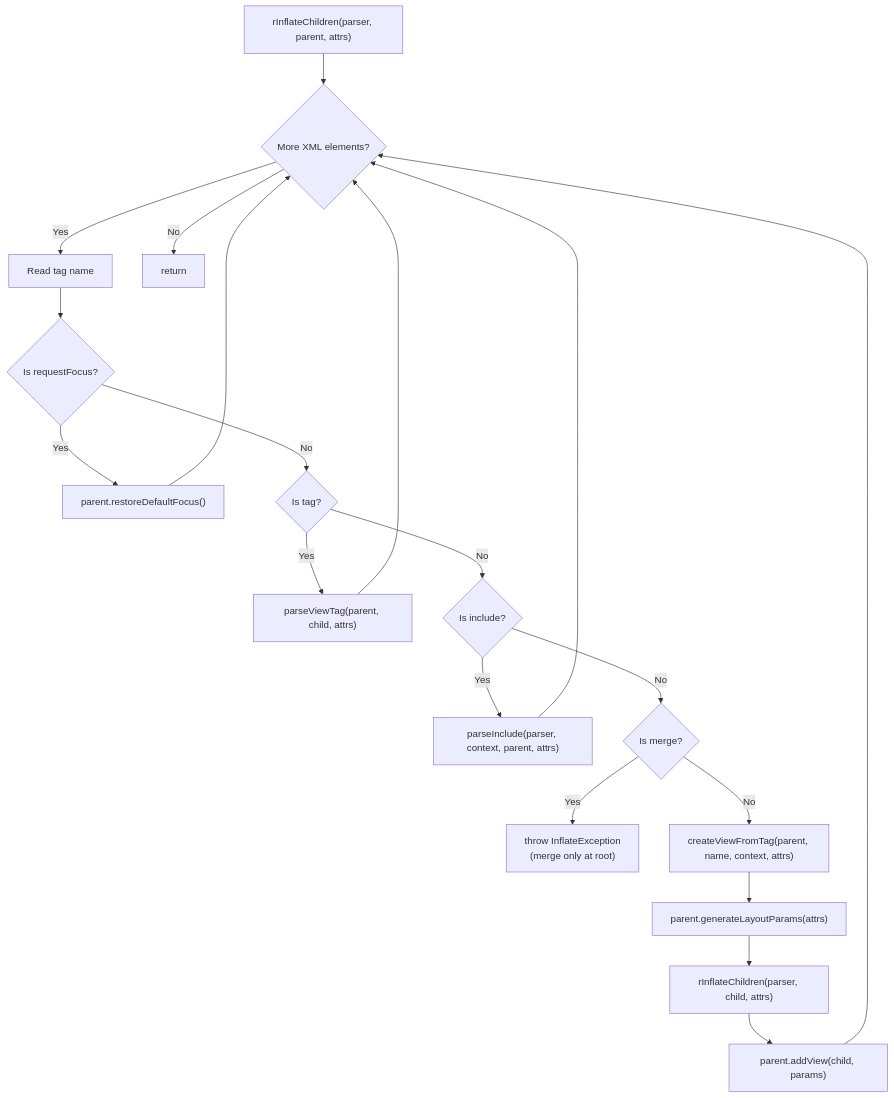
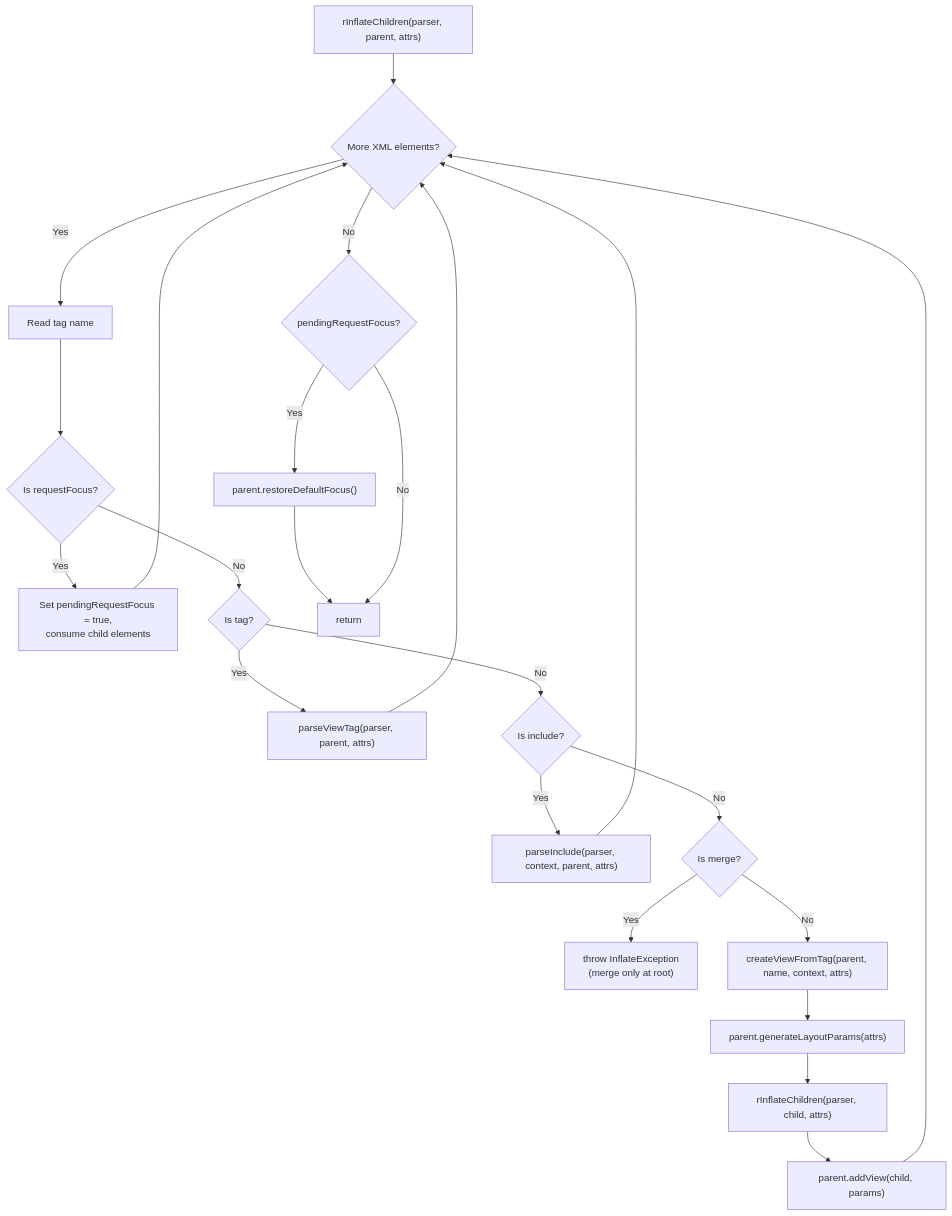
Before and after one commit to aospbooks/aosp-internal-book: diagram 35 of 40 in agents/claude/skills/aosp-framework-core/25-view-system.md, drawn with Mermaid. The commit also changed other lines of this file and 218 other files, not shown here.

````diff
--- a/agents/claude/skills/aosp-framework-core/25-view-system.md
+++ b/agents/claude/skills/aosp-framework-core/25-view-system.md
@@ -2604,22 +2613,25 @@
 ```mermaid
 flowchart TD
     Start["rInflateChildren(parser, parent, attrs)"] --> Loop{"More XML elements?"}
     Loop -->|Yes| ReadTag["Read tag name"]
     ReadTag --> IsRequestFocus{Is requestFocus?}
-    IsRequestFocus -->|Yes| RF["parent.restoreDefaultFocus()"]
+    IsRequestFocus -->|Yes| RF["Set pendingRequestFocus = true,<br/>consume child elements"]
     RF --> Loop
     IsRequestFocus -->|No| IsTag{Is tag?}
-    IsTag -->|Yes| ParseTag["parseViewTag(parent, child, attrs)"]
+    IsTag -->|Yes| ParseTag["parseViewTag(parser, parent, attrs)"]
     ParseTag --> Loop
     IsTag -->|No| IsInclude{Is include?}
     IsInclude -->|Yes| ProcessInclude["parseInclude(parser, context, parent, attrs)"]
     ProcessInclude --> Loop
     IsInclude -->|No| IsMerge{Is merge?}
     IsMerge -->|Yes| Error["throw InflateException<br/>(merge only at root)"]
     IsMerge -->|No| CreateChild["createViewFromTag(parent, name, context, attrs)"]
     CreateChild --> GenParams["parent.generateLayoutParams(attrs)"]
     GenParams --> Recurse["rInflateChildren(parser, child, attrs)"]
     Recurse --> AddChild["parent.addView(child, params)"]
     AddChild --> Loop
-    Loop -->|No| Done["return"]
+    Loop -->|No| PRF{"pendingRequestFocus?"}
+    PRF -->|Yes| RDF["parent.restoreDefaultFocus()"]
+    RDF --> Done["return"]
+    PRF -->|No| Done
 ```
````
